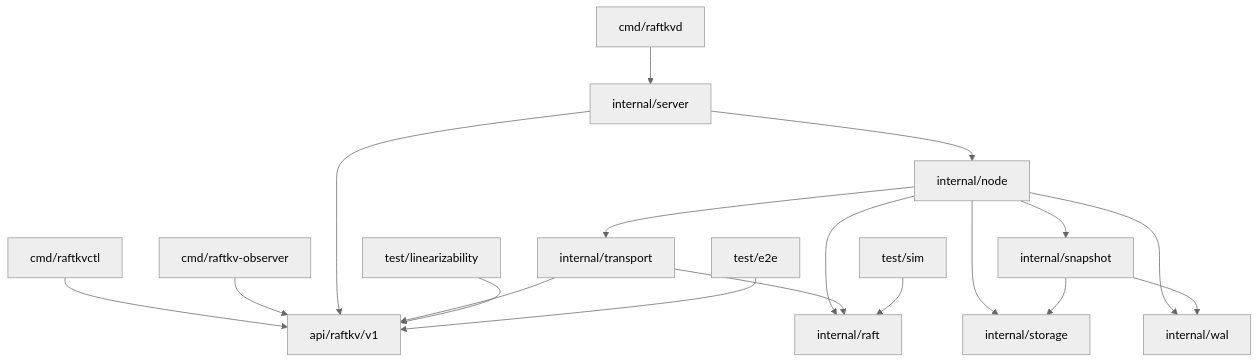
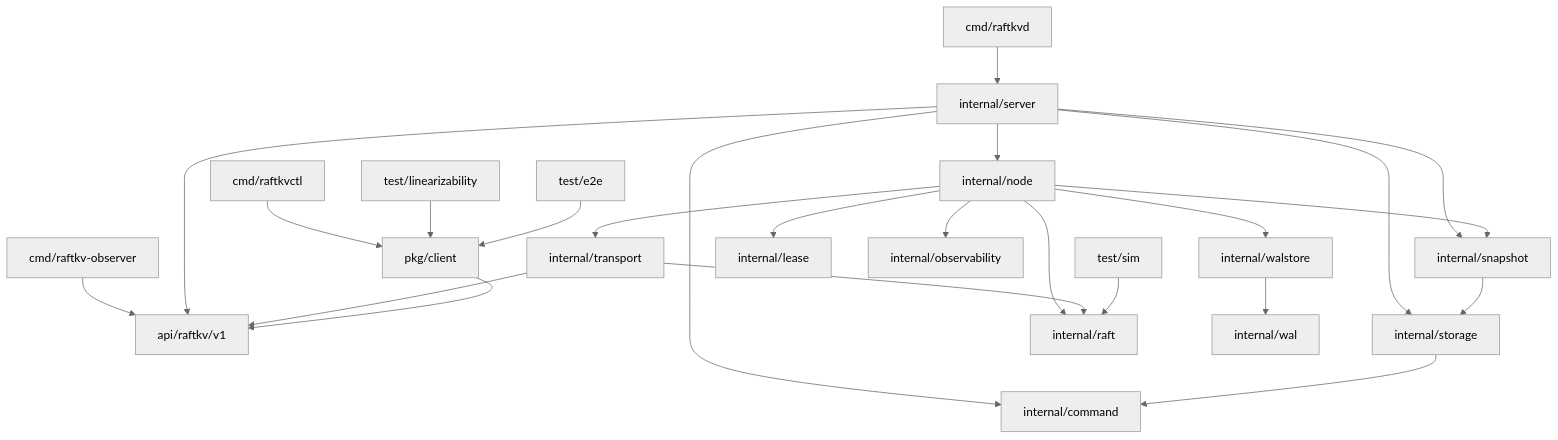
One commit to bibekgupta3333/raftkv-distributed-store changed the fifth of 5 diagrams in docs/architecture.md. Above: the diagram before and after it, drawn with Mermaid (neutral theme). The commit also changed other lines of this file and 6 other files, not shown here.

Commit message:
docs: sync architecture, system, storage, api and ci docs with the M0-M5 code; CI evidence steps

````diff
--- a/docs/architecture.md
+++ b/docs/architecture.md
@@ -312,20 +323,26 @@
 ```mermaid
 flowchart TD
     cmd_d["cmd/raftkvd"] --> server
-    cmd_ctl["cmd/raftkvctl"] --> api
+    cmd_ctl["cmd/raftkvctl"] --> client["pkg/client"]
     cmd_obs["cmd/raftkv-observer"] --> api
     server["internal/server"] --> node["internal/node"]
+    server --> storage["internal/storage"]
+    server --> snapshot["internal/snapshot"]
+    server --> command["internal/command"]
     server --> api["api/raftkv/v1"]
     node --> raft["internal/raft"]
-    node --> wal["internal/wal"]
-    node --> storage["internal/storage"]
-    node --> snapshot["internal/snapshot"]
+    node --> walstore["internal/walstore"]
+    walstore --> wal["internal/wal"]
+    node --> snapshot
     node --> transport["internal/transport"]
+    node --> lease["internal/lease"]
+    node --> obs["internal/observability"]
+    storage --> command
+    snapshot --> storage
+    transport --> raft
     transport --> api
-    transport --> raft
-    snapshot --> storage
-    snapshot --> wal
+    client --> api
     sim["test/sim"] --> raft
-    lin["test/linearizability"] --> api
-    e2e["test/e2e"] --> api
+    lin["test/linearizability"] --> client
+    e2e["test/e2e"] --> client
 ```
````
